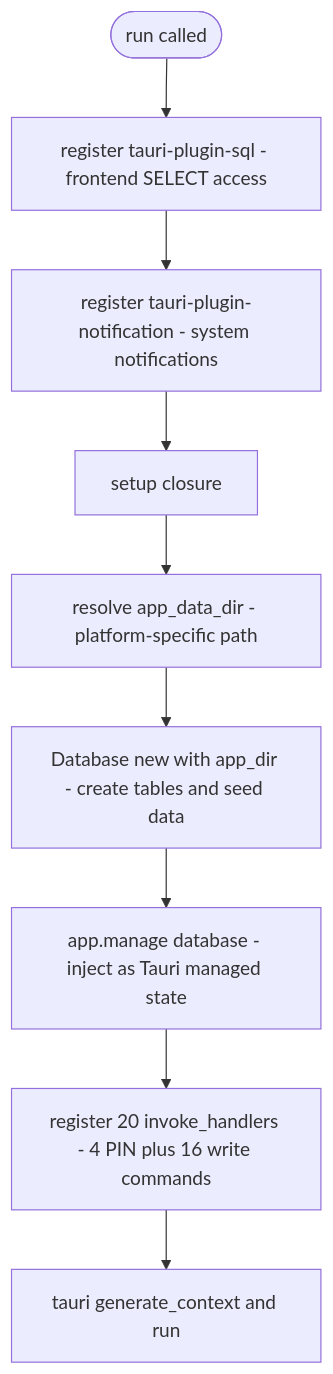
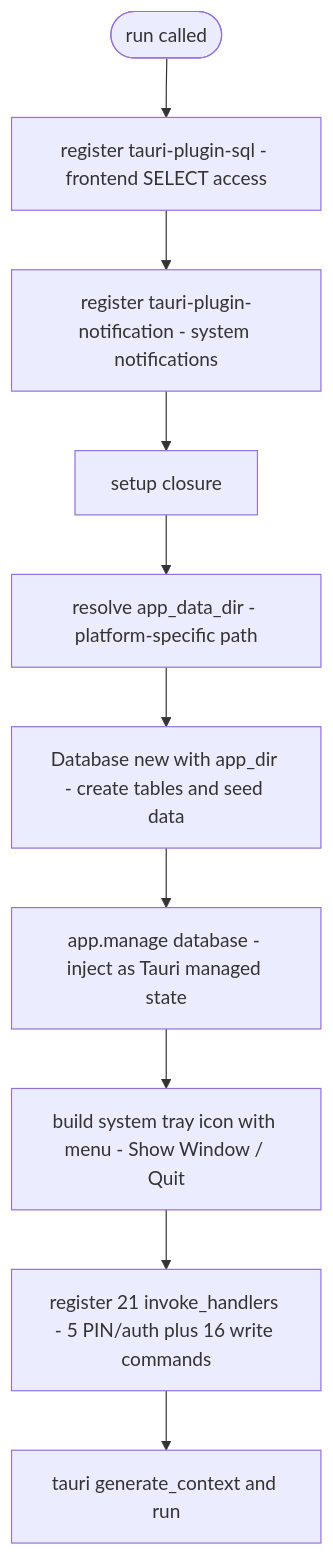
Before and after one commit to kindywu/task-manager: the fourth of 12 diagrams in docs/ARCHITECTURE.md, drawn with Mermaid. The commit also changed other lines of this file and 2 other files, not shown here.

````diff
--- a/docs/ARCHITECTURE.md
+++ b/docs/ARCHITECTURE.md
@@ -479,11 +484,12 @@
 ```mermaid
 flowchart TD
     START([run called]) --> P1["register tauri-plugin-sql - frontend SELECT access"]
     P1 --> P2["register tauri-plugin-notification - system notifications"]
     P2 --> SETUP[setup closure]
     SETUP --> S1["resolve app_data_dir - platform-specific path"]
     S1 --> S2["Database new with app_dir - create tables and seed data"]
     S2 --> S3["app.manage database - inject as Tauri managed state"]
-    S3 --> REG["register 20 invoke_handlers - 4 PIN plus 16 write commands"]
+    S3 --> TRAY["build system tray icon with menu - Show Window / Quit"]
+    TRAY --> REG["register 21 invoke_handlers - 5 PIN/auth plus 16 write commands"]
     REG --> RUN["tauri generate_context and run"]
 ```
````
